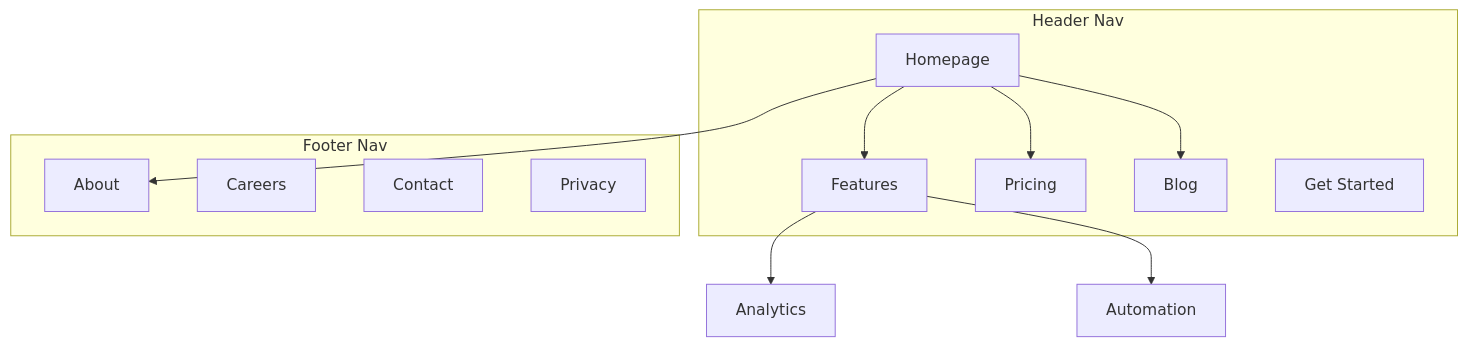
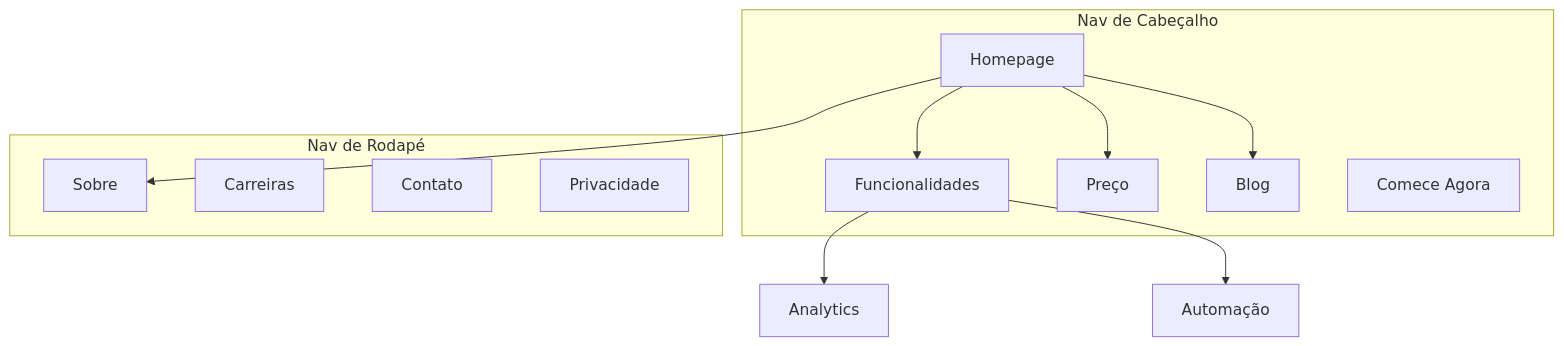
One commit to LorenzoMBegnozzi/Projeto-DividirAluguel changed the second of 2 diagrams in .agents/skills/site-architecture/SKILL.md. Above: the diagram before and after it, drawn with Mermaid. The commit also changed other lines of this file and 231 other files, not shown here.

````diff
--- a/.agents/skills/site-architecture/SKILL.md
+++ b/.agents/skills/site-architecture/SKILL.md
@@ -229,25 +235,25 @@
 ```mermaid
 graph TD
-    subgraph Header Nav
+    subgraph Nav de Cabeçalho
         HOME[Homepage]
-        FEAT[Features]
-        PRICE[Pricing]
+        FEAT[Funcionalidades]
+        PRICE[Preço]
         BLOG[Blog]
-        CTA[Get Started]
+        CTA[Comece Agora]
     end
 
-    subgraph Footer Nav
-        ABOUT[About]
-        CAREERS[Careers]
-        CONTACT[Contact]
-        PRIVACY[Privacy]
+    subgraph Nav de Rodapé
+        ABOUT[Sobre]
+        CAREERS[Carreiras]
+        CONTACT[Contato]
+        PRIVACY[Privacidade]
     end
 
     HOME --> FEAT
     HOME --> PRICE
     HOME --> BLOG
     HOME --> ABOUT
 
     FEAT --> F1[Analytics]
-    FEAT --> F2[Automation]
+    FEAT --> F2[Automação]
 ```
````
